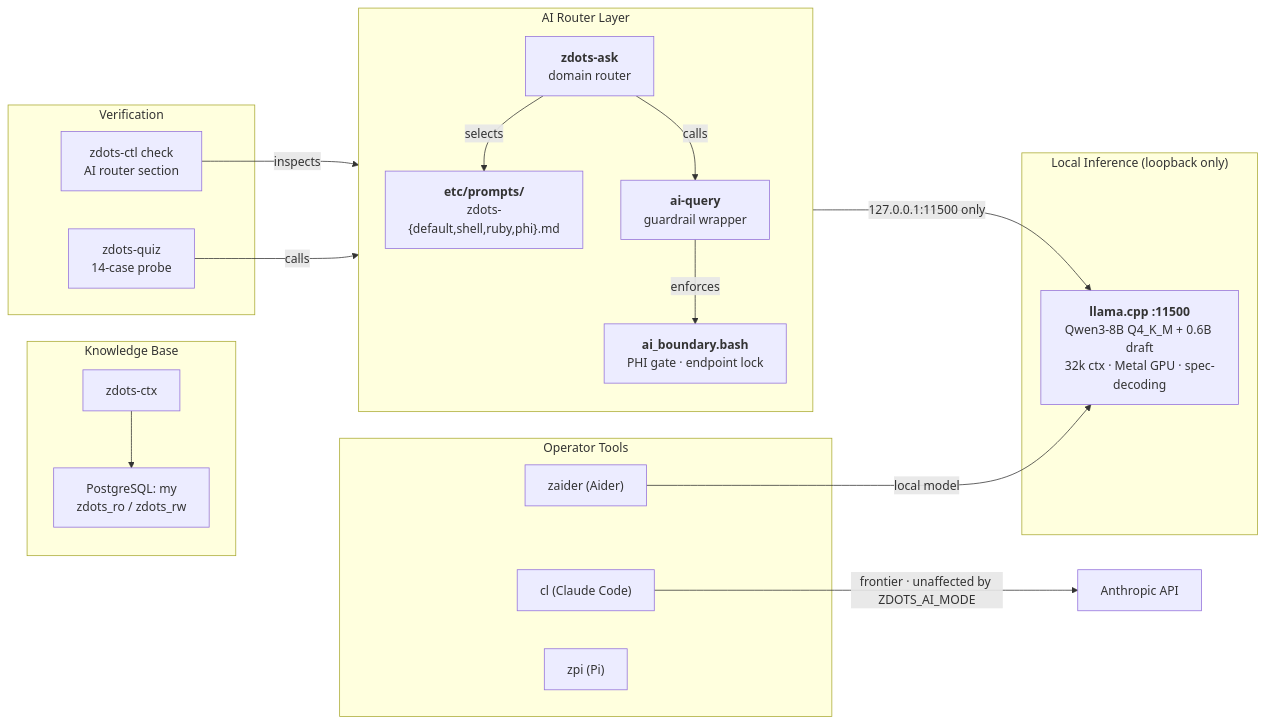
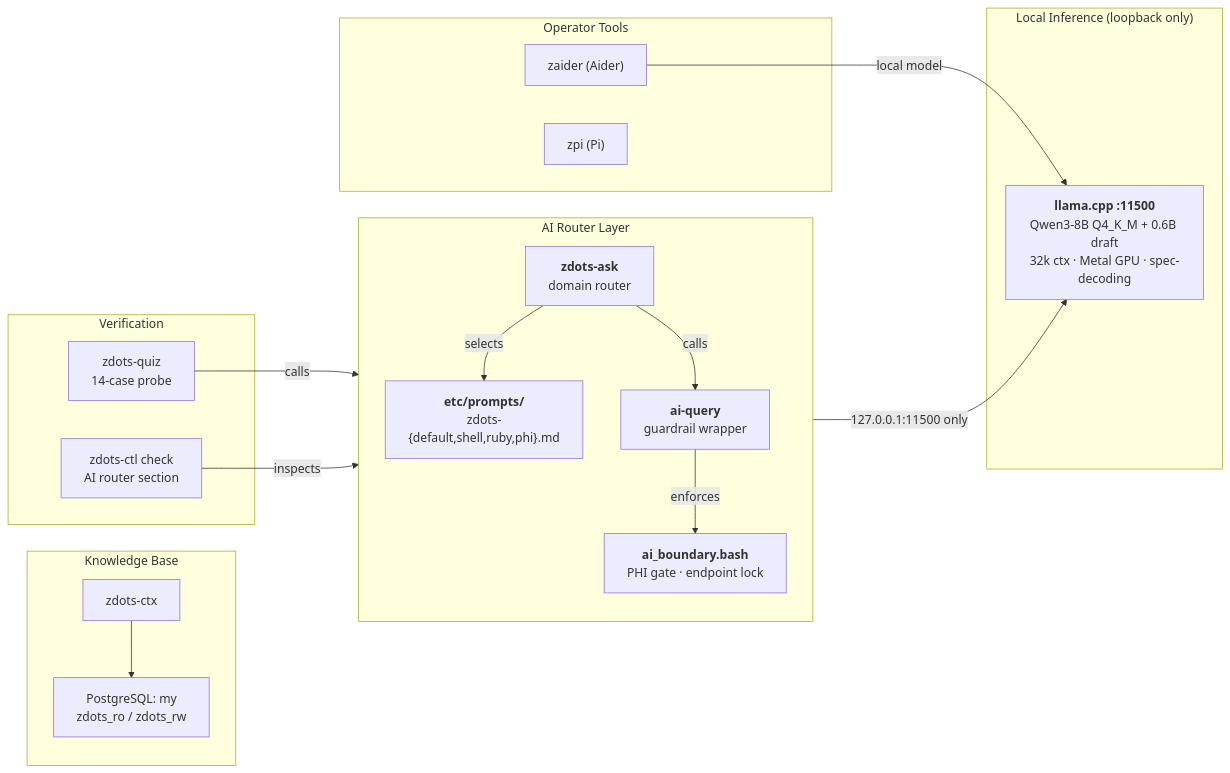
Before and after one commit to just3ws/zdots: the first of 7 diagrams in docs/local-ai.md, drawn with Mermaid. The commit also changed 144 other files, not shown here.

Commit message:
chore(ai): decouple Claude Code integrations

````diff
--- a/docs/local-ai.md
+++ b/docs/local-ai.md
@@ -22,40 +22,38 @@
 ```mermaid
 flowchart LR
     subgraph Router["AI Router Layer"]
         direction TB
         ask["<b>zdots-ask</b>\ndomain router"]
         prompts["<b>etc/prompts/</b>\nzdots-{default,shell,ruby,phi}.md"]
         aiquery["<b>ai-query</b>\nguardrail wrapper"]
         boundary["<b>ai_boundary.bash</b>\nPHI gate · endpoint lock"]
         ask -->|selects| prompts
         ask -->|calls| aiquery
         aiquery -->|enforces| boundary
     end
 
     subgraph Inference["Local Inference (loopback only)"]
         llama["<b>llama.cpp :11500</b>\nQwen3-8B Q4_K_M + 0.6B draft\n32k ctx · Metal GPU · spec-decoding"]
     end
 
     subgraph Tools["Operator Tools"]
         zaider["zaider (Aider)"]
-        cl["cl (Claude Code)"]
         zpi["zpi (Pi)"]
     end
 
     subgraph Knowledge["Knowledge Base"]
         ctxcli["zdots-ctx"]
         pg["PostgreSQL: my\nzdots_ro / zdots_rw"]
         ctxcli --> pg
     end
 
     subgraph Ops["Verification"]
         ctl["zdots-ctl check\nAI router section"]
         quiz["zdots-quiz\n14-case probe"]
         quiz -->|calls| ask
         ctl -->|inspects| ask
     end
 
     boundary -->|127.0.0.1:11500 only| llama
     zaider -->|local model| llama
-    cl -->|frontier · unaffected by ZDOTS_AI_MODE| ext["Anthropic API"]
 ```
````
